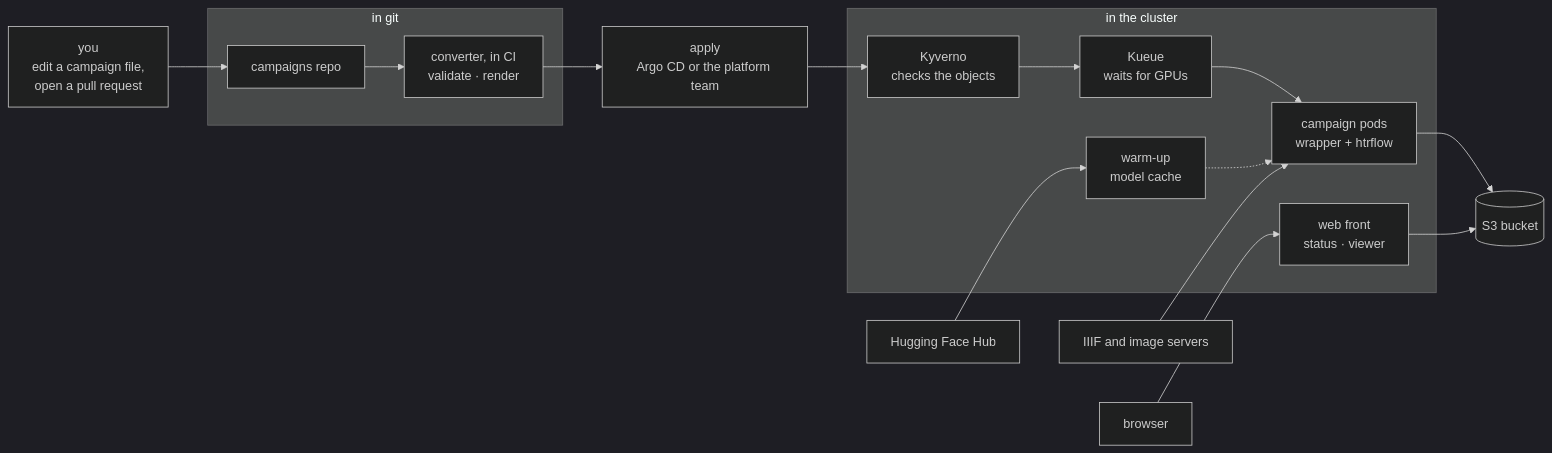
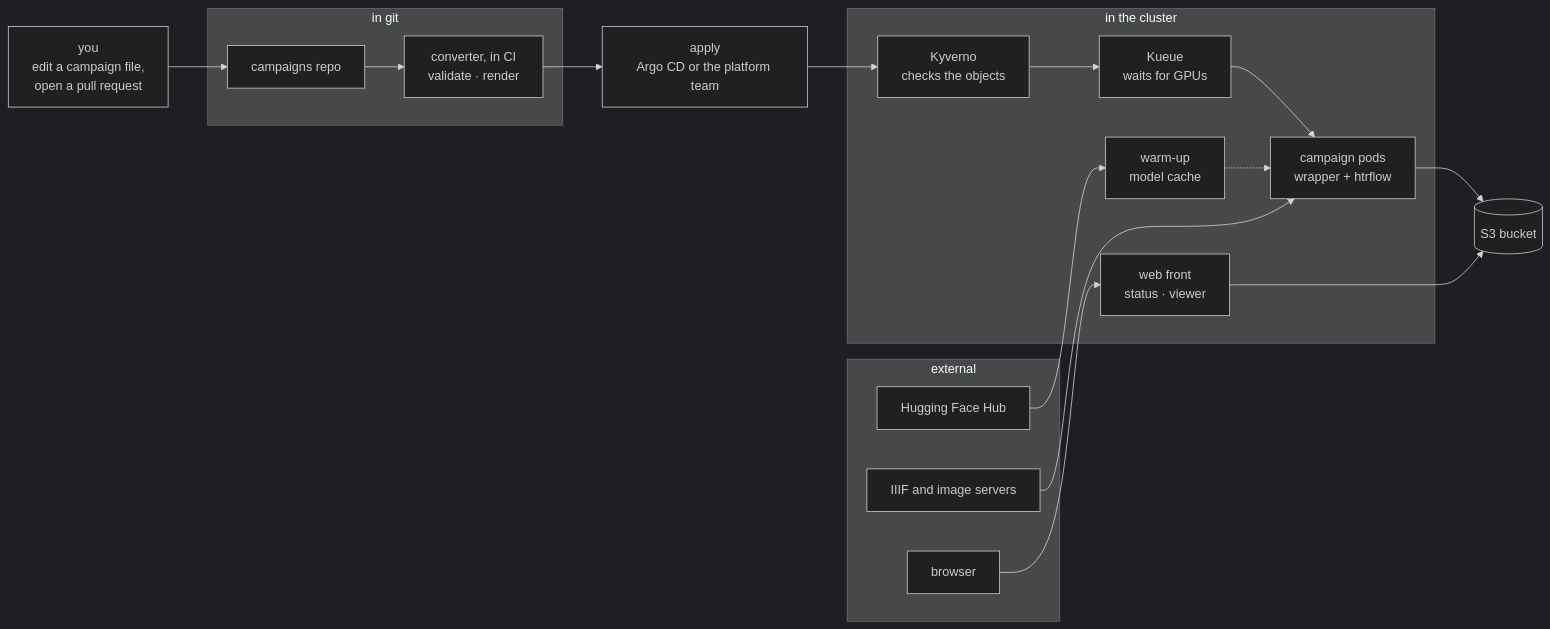
Before and after one commit to AI-Riksarkivet/htrflow-batch: the diagram in docs/slides/assets/part-1-from-one-folder-to-the-archive-1.mmd, drawn with Mermaid (dark theme). The commit also changed 8 other files, not shown here.

```diff
--- a/docs/slides/assets/part-1-from-one-folder-to-the-archive-1.mmd
+++ b/docs/slides/assets/part-1-from-one-folder-to-the-archive-1.mmd
@@ -1,22 +1,24 @@
 flowchart LR
   YOU["you<br/>edit a campaign file,<br/>open a pull request"]
   subgraph GIT["in git"]
     REPO["campaigns repo"] --> CONV["converter, in CI<br/>validate · render"]
   end
   AP["apply<br/>Argo CD or the platform team"]
-  IIIF["IIIF and image servers"]
-  HUB["Hugging Face Hub"]
-  BR["browser"]
   subgraph K8S["in the cluster"]
     KYV["Kyverno<br/>checks the objects"] --> KUE["Kueue<br/>waits for GPUs"] --> JOB["campaign pods<br/>wrapper + htrflow"]
     WARM["warm-up<br/>model cache"] -.-> JOB
     WEB["web front<br/>status · viewer"]
+  end
+  subgraph OUT["external"]
+    IIIF["IIIF and image servers"]
+    HUB["Hugging Face Hub"]
+    BR["browser"]
   end
   S3[("S3 bucket")]
   YOU --> REPO
   CONV --> AP --> KYV
   IIIF --> JOB
   HUB --> WARM
   BR --> WEB
   JOB --> S3
   WEB --> S3
```
